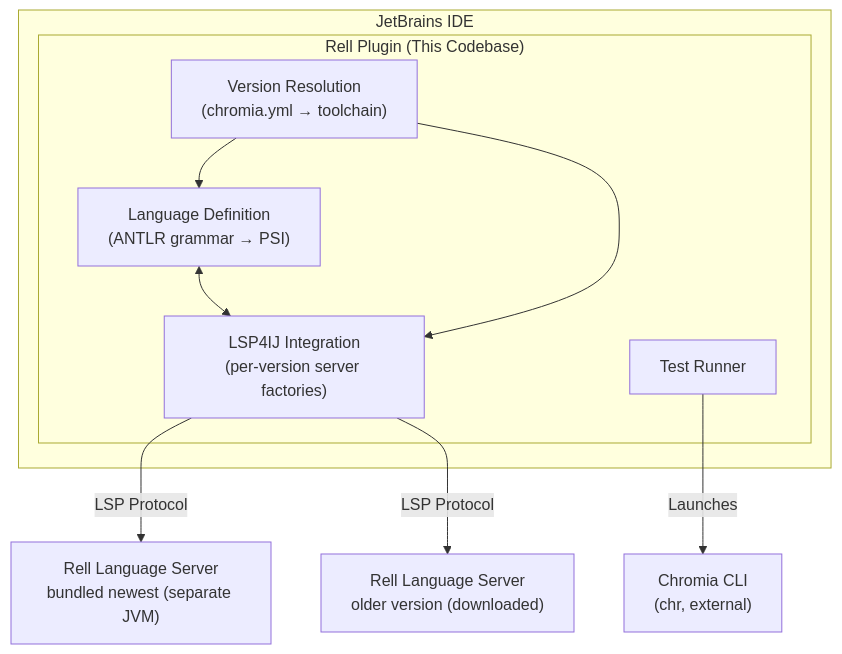
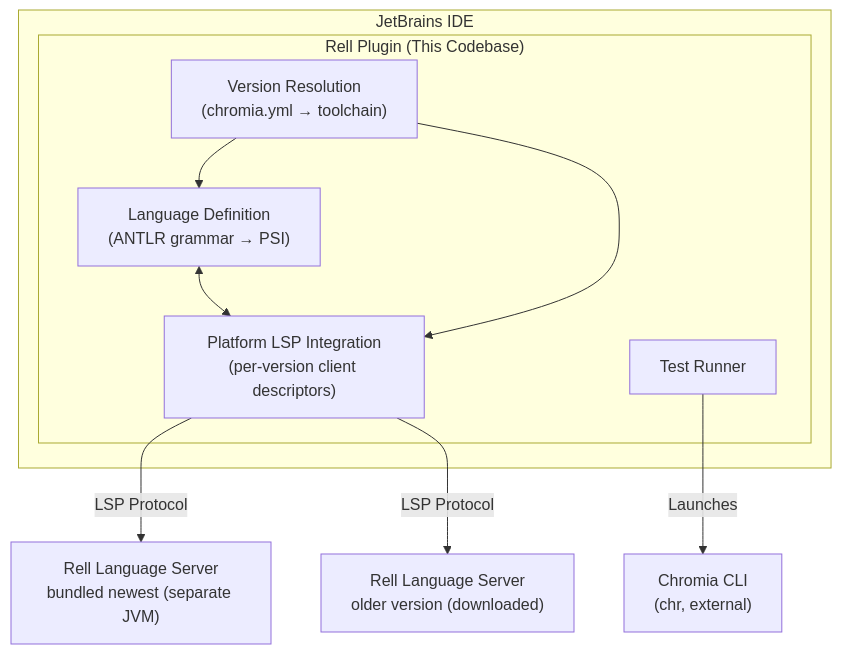
Before and after one commit to ChromiaProject/rell-jetbrains: the first of 2 diagrams in docs/02-architecture.md, drawn with Mermaid. The commit also changed other lines of this file and 44 other files, not shown here.

First line of the commit message:
Replace LSP4IJ with the IntelliJ Platform LSP client API

````diff
--- a/docs/02-architecture.md
+++ b/docs/02-architecture.md
@@ -72,20 +72,20 @@
 ```mermaid
 flowchart TB
     subgraph IDE["JetBrains IDE"]
         subgraph Plugin["Rell Plugin (This Codebase)"]
             Lang["Language Definition<br/>(ANTLR grammar → PSI)"]
             Route["Version Resolution<br/>(chromia.yml → toolchain)"]
-            LSP4IJ["LSP4IJ Integration<br/>(per-version server factories)"]
+            LSP["Platform LSP Integration<br/>(per-version client descriptors)"]
             Test["Test Runner"]
-            Lang <--> LSP4IJ
+            Lang <--> LSP
             Route --> Lang
-            Route --> LSP4IJ
+            Route --> LSP
         end
     end
     Bundled["Rell Language Server<br/>bundled newest (separate JVM)"]
     Downloaded["Rell Language Server<br/>older version (downloaded)"]
     CLI["Chromia CLI<br/>(chr, external)"]
-    LSP4IJ -->|LSP Protocol| Bundled
-    LSP4IJ -->|LSP Protocol| Downloaded
+    LSP -->|LSP Protocol| Bundled
+    LSP -->|LSP Protocol| Downloaded
     Test -->|Launches| CLI
 ```
````
